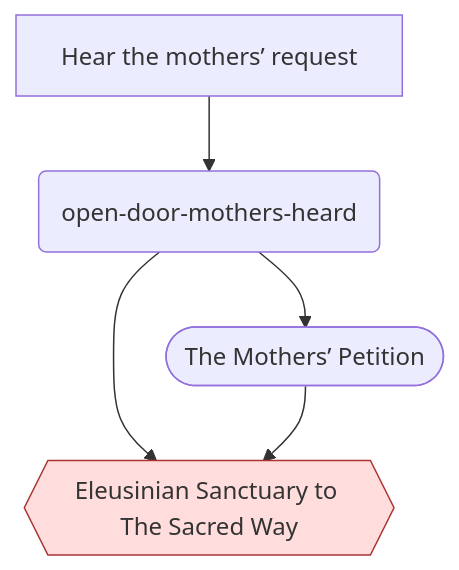
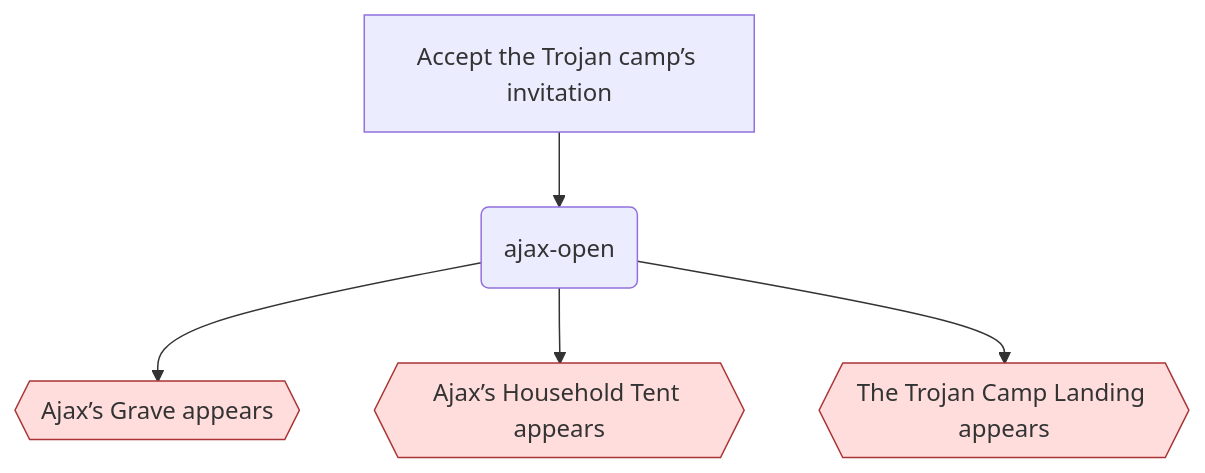
Before and after one commit to cenetex/cosyworld: diagram 12 of 13 in docs/maps/greek-drama.md, drawn with Mermaid. The commit also changed other lines of this file and 13 other files, not shown here.

First line of the commit message:
Rebuild the Open Door from wants, things and live locks (WIP)

````diff
--- a/docs/maps/greek-drama.md
+++ b/docs/maps/greek-drama.md
@@ -418,13 +423,14 @@
 ```mermaid
 flowchart TD
-  n_act_greek_open_door_hear_mothers["Hear the mothers’ request"]
-  n_flag_greek_open_door_mothers_heard("open-door-mothers-heard")
-  n_item_greek_burial_petition(["The Mothers’ Petition"])
-  n_route_greek_eleusis_greek_road_athens_eleusis{{"Eleusinian Sanctuary to The Sacred Way"}}
-  n_act_greek_open_door_hear_mothers --> n_flag_greek_open_door_mothers_heard
-  n_flag_greek_open_door_mothers_heard --> n_item_greek_burial_petition
-  n_flag_greek_open_door_mothers_heard --> n_route_greek_eleusis_greek_road_athens_eleusis
-  n_item_greek_burial_petition --> n_route_greek_eleusis_greek_road_athens_eleusis
+  n_act_greek_ajax_invitation["Accept the Trojan camp’s invitation"]
+  n_flag_greek_ajax_open("ajax-open")
+  n_place_greek_ajax_grave{{"Ajax’s Grave appears"}}
+  n_place_greek_ajax_household{{"Ajax’s Household Tent appears"}}
+  n_place_greek_ajax_landing{{"The Trojan Camp Landing appears"}}
+  n_act_greek_ajax_invitation --> n_flag_greek_ajax_open
+  n_flag_greek_ajax_open --> n_place_greek_ajax_grave
+  n_flag_greek_ajax_open --> n_place_greek_ajax_household
+  n_flag_greek_ajax_open --> n_place_greek_ajax_landing
   classDef gate fill:#fdd,stroke:#a33
-  class n_route_greek_eleusis_greek_road_athens_eleusis gate
+  class n_place_greek_ajax_grave,n_place_greek_ajax_household,n_place_greek_ajax_landing gate
 ```
````
